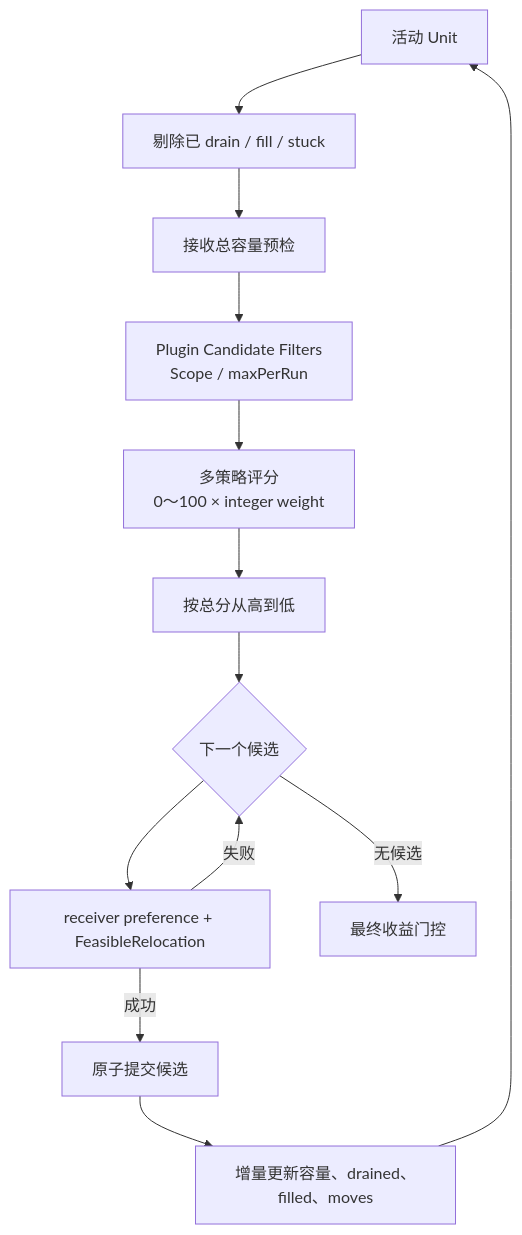
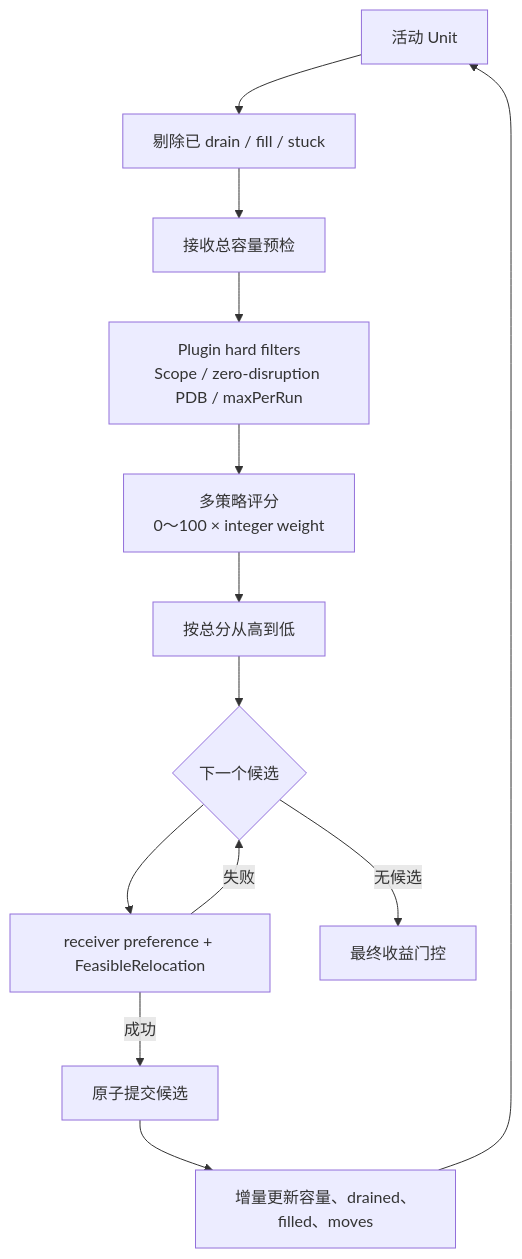
Before and after one commit to Tau721/volcano: the sixth of 6 diagrams in docs/design/repack-design.md, drawn with Mermaid. The commit also changed other lines of this file and 25 other files, not shown here.

First line of the commit message:
feat(repack): filter zero-disruption PDB plans

````diff
--- a/docs/design/repack-design.md
+++ b/docs/design/repack-design.md
@@ -379,15 +385,15 @@
 ```mermaid
 flowchart TD
     A["活动 Unit"] --> B["剔除已 drain / fill / stuck"]
     B --> C["接收总容量预检"]
-    C --> D["Plugin Candidate Filters\nScope / maxPerRun"]
+    C --> D["Plugin hard filters\nScope / zero-disruption PDB / maxPerRun"]
     D --> E["多策略评分\n0～100 × integer weight"]
     E --> F["按总分从高到低"]
     F --> G{"下一个候选"}
     G --> H["receiver preference + FeasibleRelocation"]
     H -->|"失败"| G
     H -->|"成功"| I["原子提交候选"]
     I --> J["增量更新容量、drained、filled、moves"]
     J --> A
     G -->|"无候选"| K["最终收益门控"]
 ```
````
